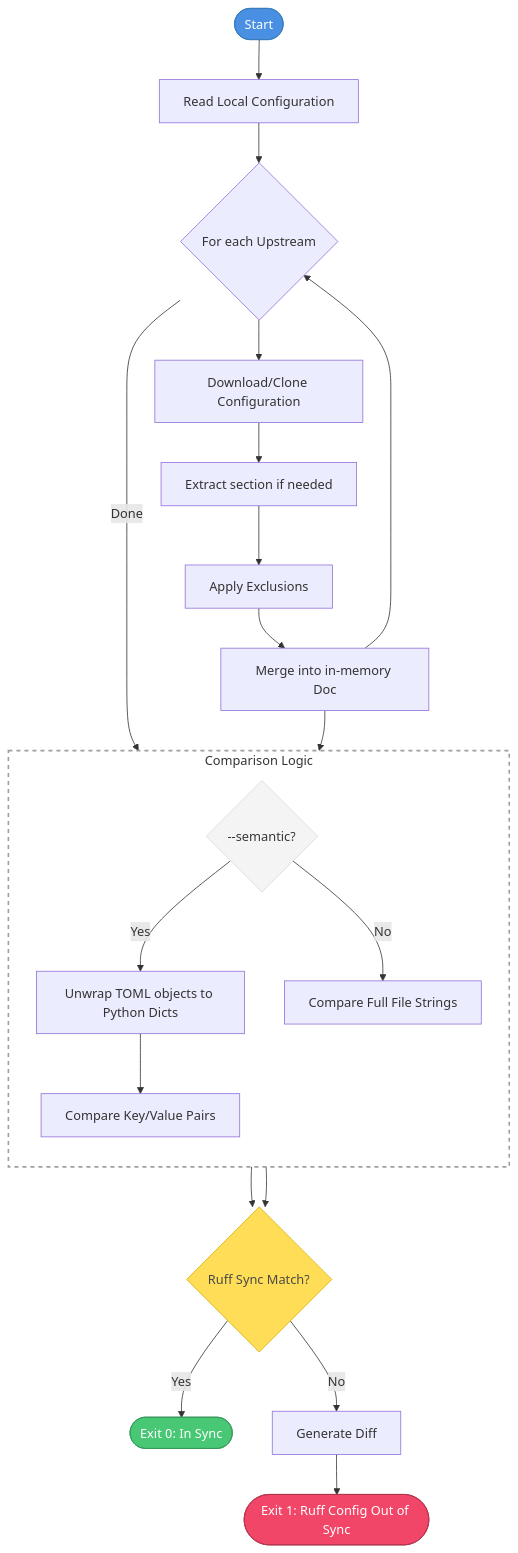
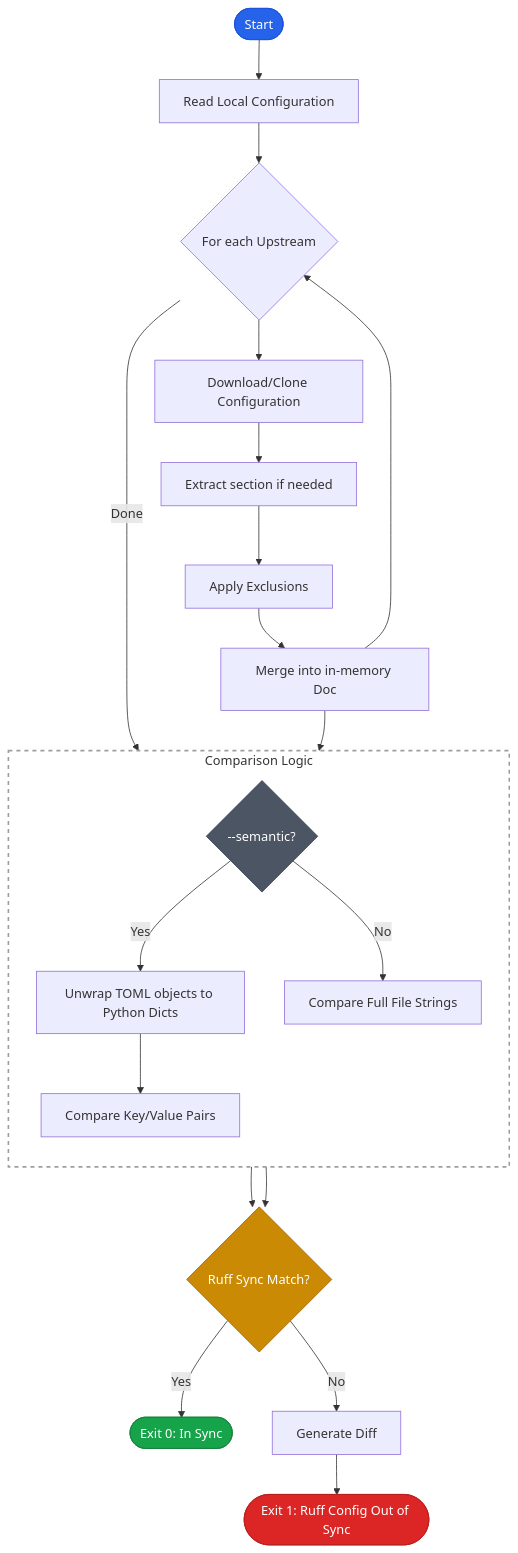
The diagram in README.md (Kilo59/ruff-sync), drawn with Mermaid before and after one commit. The commit also changed 1 other file, not shown here.

````diff
--- a/README.md
+++ b/README.md
@@ -352,37 +352,37 @@
 ```mermaid
 flowchart TD
     Start([Start]) --> Local[Read Local Configuration]
     Local --> Upstreams{For each Upstream}
     Upstreams --> Download[Download/Clone Configuration]
     Download --> Extract[Extract section if needed]
     Extract --> Exclude[Apply Exclusions]
     Exclude --> Merge[Merge into in-memory Doc]
     Merge --> Upstreams
     Upstreams -- Done --> Comparison
 
     subgraph Comparison [Comparison Logic]
         direction TB
         SemanticNode{--semantic?}
         SemanticNode -- Yes --> Unwrap[Unwrap TOML objects to Python Dicts]
         Unwrap --> CompareVal[Compare Key/Value Pairs]
         SemanticNode -- No --> CompareFull[Compare Full File Strings]
     end
 
     Merge --> Comparison
 
     CompareVal --> ResultNode{Ruff Sync Match?}
     CompareFull --> ResultNode
 
     ResultNode -- Yes --> Success([Exit 0: In Sync])
 
     ResultNode -- No --> Diff[Generate Diff]
     Diff --> Fail([Exit 1: Ruff Config Out of Sync])
 
     %% Styling
-    style Start fill:#4a90e2,color:#fff,stroke:#357abd
-    style Success fill:#48c774,color:#fff,stroke:#36975a
-    style Fail fill:#f14668,color:#fff,stroke:#b2334b
-    style ResultNode fill:#ffdd57,color:#4a4a4a,stroke:#d4b106
+    style Start fill:#2563eb,color:#fff,stroke:#1d4ed8
+    style Success fill:#16a34a,color:#fff,stroke:#15803d
+    style Fail fill:#dc2626,color:#fff,stroke:#b91c1c
+    style ResultNode fill:#ca8a04,color:#fff,stroke:#a16207
     style Comparison fill:none,stroke:#9e9e9e,stroke-dasharray: 5 5,stroke-width:2px
-    style SemanticNode fill:#f4f4f4,color:#363636,stroke:#dbdbdb
+    style SemanticNode fill:#4b5563,color:#fff,stroke:#374151
 ```
````
